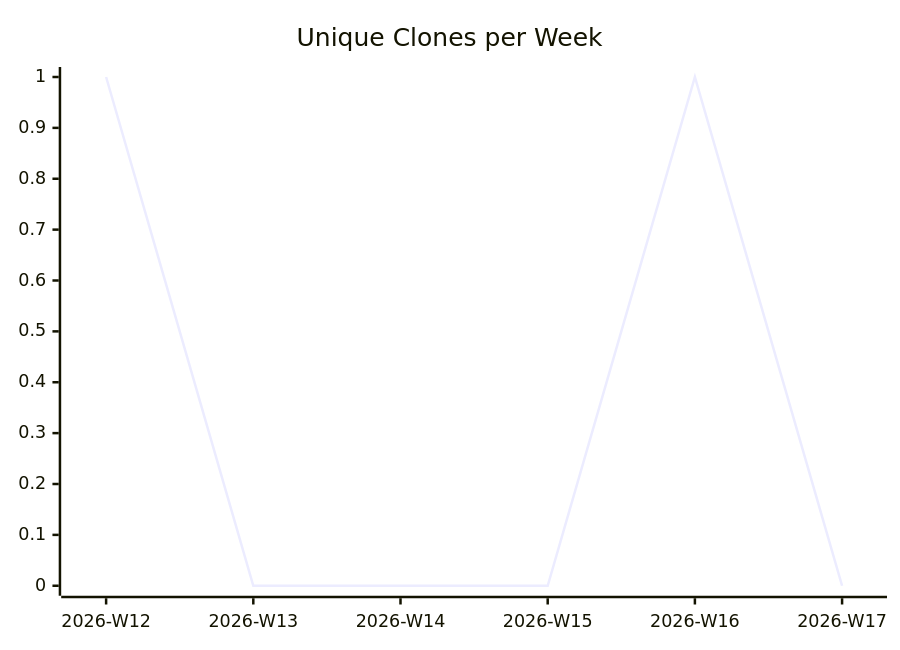
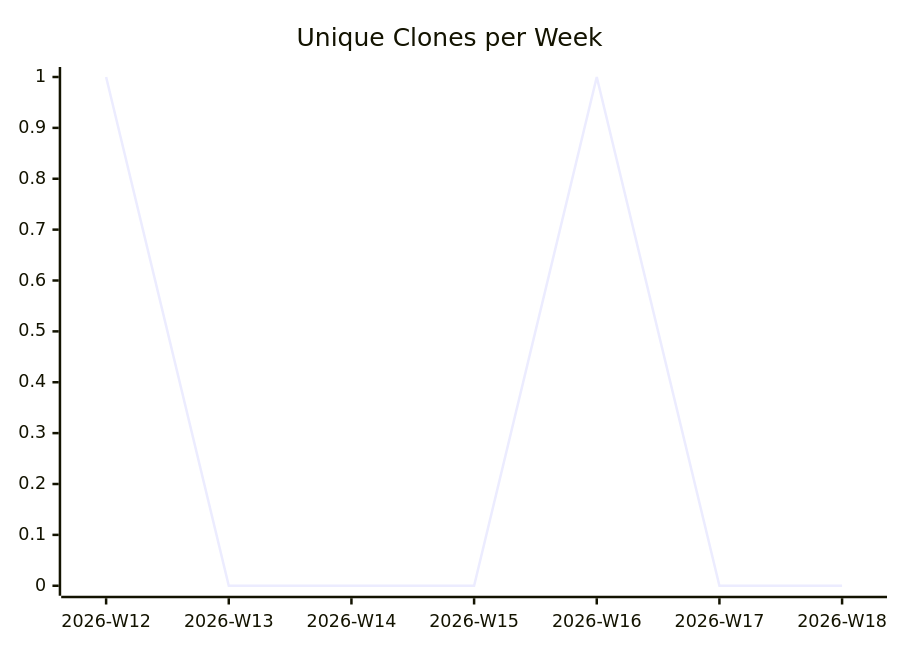
The third of 3 diagrams in karlmdavis/ansible/README.md (justdavis-family/github-analytics-data), drawn with Mermaid before and after one commit. The commit also changed other lines of this file and 184 other files, not shown here.

````diff
--- a/karlmdavis/ansible/README.md
+++ b/karlmdavis/ansible/README.md
@@ -19,6 +19,6 @@
 ```mermaid
 xychart-beta
   title "Unique Clones per Week"
-  x-axis ["2026-W12", "2026-W13", "2026-W14", "2026-W15", "2026-W16", "2026-W17"]
-  line [1, 0, 0, 0, 1, 0]
+  x-axis ["2026-W12", "2026-W13", "2026-W14", "2026-W15", "2026-W16", "2026-W17", "2026-W18"]
+  line [1, 0, 0, 0, 1, 0, 0]
 ```
````
